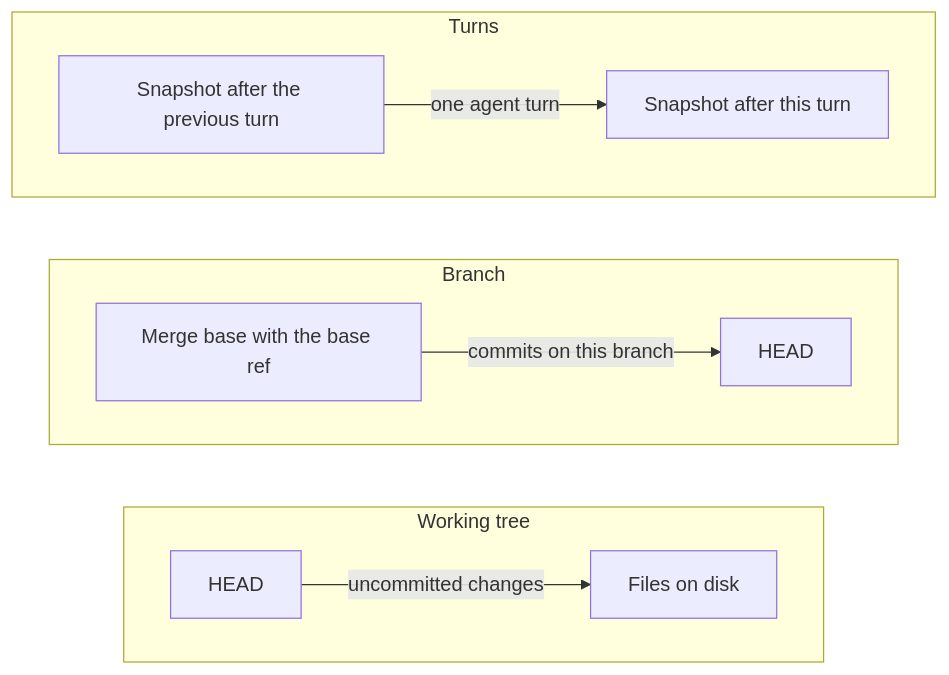
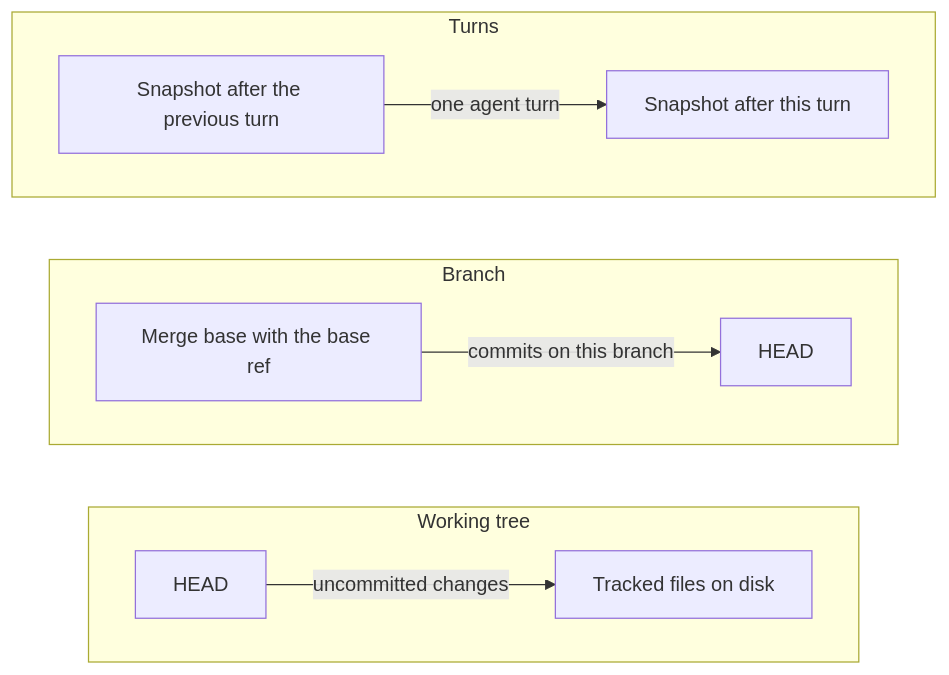
One commit to OpenWaggle/OpenWaggle changed the diagram in website/src/content/docs/developer-workflow/git-integration.md. Above: the diagram before and after it, drawn with Mermaid. The commit also changed other lines of this file and 12 other files, not shown here.

First line of the commit message:
docs(website): correct diagrams and claims found in the docs review

````diff
--- a/website/src/content/docs/developer-workflow/git-integration.md
+++ b/website/src/content/docs/developer-workflow/git-integration.md
@@ -134,15 +147,15 @@
 ```mermaid
 flowchart LR
   subgraph wt["Working tree"]
     direction LR
-    h1["HEAD"] -->|"uncommitted changes"| d1["Files on disk"]
+    h1["HEAD"] -->|"uncommitted changes"| d1["Tracked files on disk"]
   end
   subgraph br["Branch"]
     direction LR
     mb["Merge base with the base ref"] -->|"commits on this branch"| h2["HEAD"]
   end
   subgraph tu["Turns"]
     direction LR
     t0["Snapshot after the previous turn"] -->|"one agent turn"| t1["Snapshot after this turn"]
   end
 ```
````
